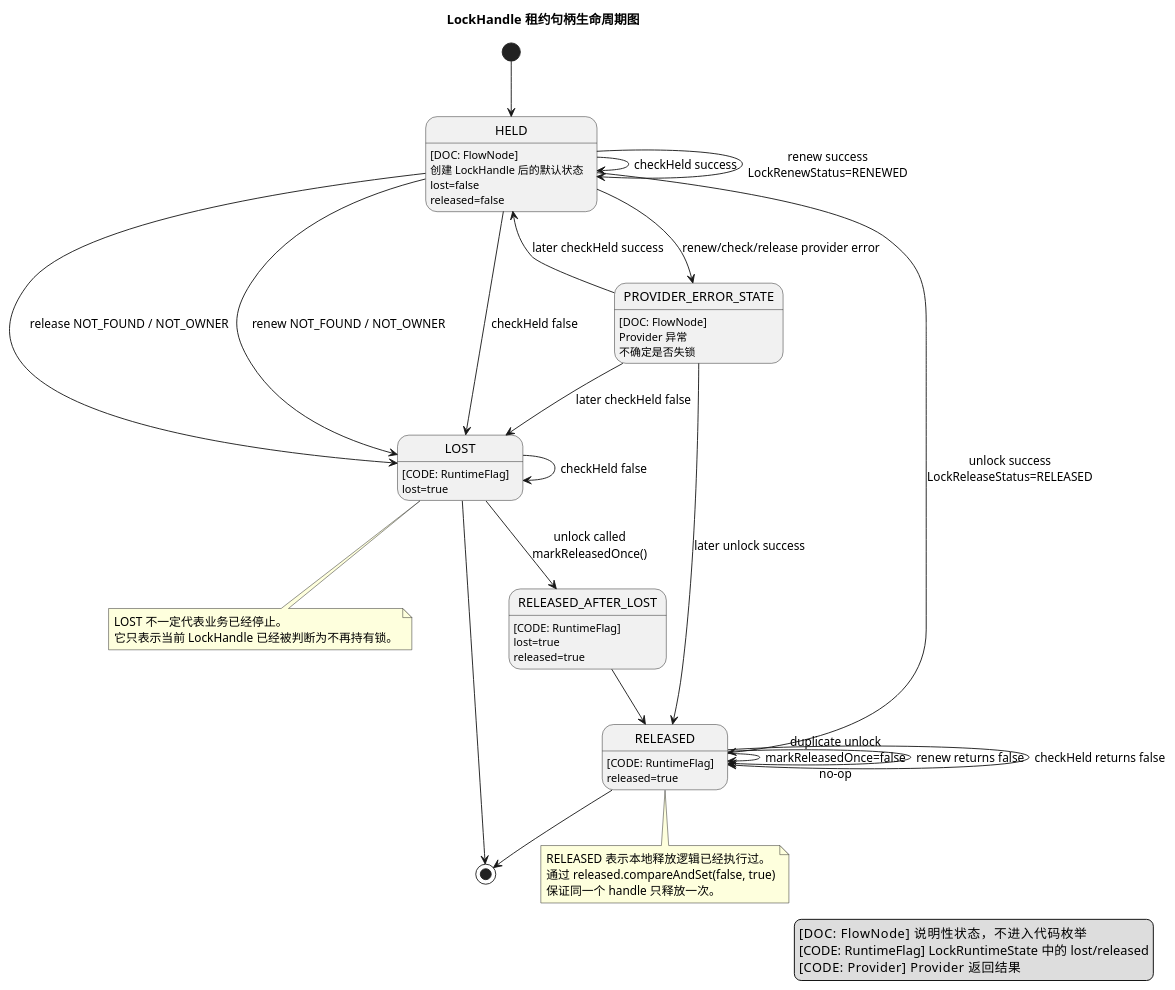
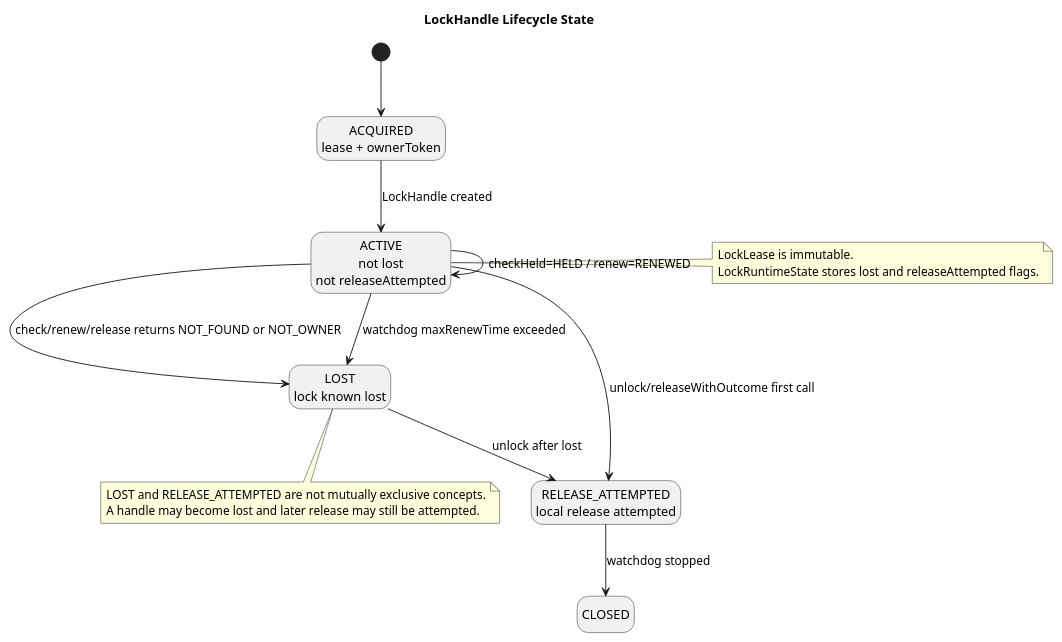
Before and after one commit to pbxjtumse/cola-web-standard: the diagram in component/distributed-lock-component/docs/state/L1-lifecycle/lock-handle-lifecycle-state.puml, drawn with PlantUML. The commit also changed 47 other files, not shown here.

```diff
--- a/component/distributed-lock-component/docs/state/L1-lifecycle/lock-handle-lifecycle-state.puml
+++ b/component/distributed-lock-component/docs/state/L1-lifecycle/lock-handle-lifecycle-state.puml
@@ -1,58 +1,30 @@
 @startuml
-title LockHandle 租约句柄生命周期图
+title LockHandle Lifecycle State
+hide empty description
+skinparam shadowing false
 
-legend right
-  [DOC: FlowNode]      说明性状态，不进入代码枚举
-  [CODE: RuntimeFlag]  LockRuntimeState 中的 lost/released
-  [CODE: Provider]     Provider 返回结果
-endlegend
+state "ACQUIRED\nlease + ownerToken" as ACQUIRED
+state "ACTIVE\nnot lost\nnot releaseAttempted" as ACTIVE
+state "LOST\nlock known lost" as LOST
+state "RELEASE_ATTEMPTED\nlocal release attempted" as RELEASED
+state "CLOSED" as CLOSED
 
-[*] --> HELD
+[*] --> ACQUIRED
+ACQUIRED --> ACTIVE : LockHandle created
+ACTIVE --> ACTIVE : checkHeld=HELD / renew=RENEWED
+ACTIVE --> LOST : check/renew/release returns NOT_FOUND or NOT_OWNER
+ACTIVE --> RELEASED : unlock/releaseWithOutcome first call
+LOST --> RELEASED : unlock after lost
+RELEASED --> CLOSED : watchdog stopped
+ACTIVE --> LOST : watchdog maxRenewTime exceeded
 
-HELD : [DOC: FlowNode]\n创建 LockHandle 后的默认状态\nlost=false\nreleased=false
-
-HELD --> HELD : checkHeld success
-HELD --> HELD : renew success\nLockRenewStatus=RENEWED
-
-HELD --> LOST : renew NOT_FOUND / NOT_OWNER
-HELD --> LOST : checkHeld false
-HELD --> LOST : release NOT_FOUND / NOT_OWNER
-
-LOST : [CODE: RuntimeFlag]\nlost=true
-
-HELD --> RELEASED : unlock success\nLockReleaseStatus=RELEASED
-RELEASED : [CODE: RuntimeFlag]\nreleased=true
-
-HELD --> PROVIDER_ERROR_STATE : renew/check/release provider error
-PROVIDER_ERROR_STATE : [DOC: FlowNode]\nProvider 异常\n不确定是否失锁
-
-PROVIDER_ERROR_STATE --> HELD : later checkHeld success
-PROVIDER_ERROR_STATE --> LOST : later checkHeld false
-PROVIDER_ERROR_STATE --> RELEASED : later unlock success
-
-LOST --> LOST : checkHeld false
-LOST --> RELEASED_AFTER_LOST : unlock called\nmarkReleasedOnce()
-
-RELEASED_AFTER_LOST : [CODE: RuntimeFlag]\nlost=true\nreleased=true
-
-RELEASED --> RELEASED : duplicate unlock\nmarkReleasedOnce=false\nno-op
-RELEASED --> RELEASED : renew returns false
-RELEASED --> RELEASED : checkHeld returns false
-
-RELEASED_AFTER_LOST --> RELEASED
-
-RELEASED --> [*]
-LOST --> [*]
+note right of ACTIVE
+LockLease is immutable.
+LockRuntimeState stores lost and releaseAttempted flags.
+end note
 
 note bottom of LOST
-  LOST 不一定代表业务已经停止。
-  它只表示当前 LockHandle 已经被判断为不再持有锁。
+LOST and RELEASE_ATTEMPTED are not mutually exclusive concepts.
+A handle may become lost and later release may still be attempted.
 end note
-
-note bottom of RELEASED
-  RELEASED 表示本地释放逻辑已经执行过。
-  通过 released.compareAndSet(false, true)
-  保证同一个 handle 只释放一次。
-end note
-
 @enduml
```
